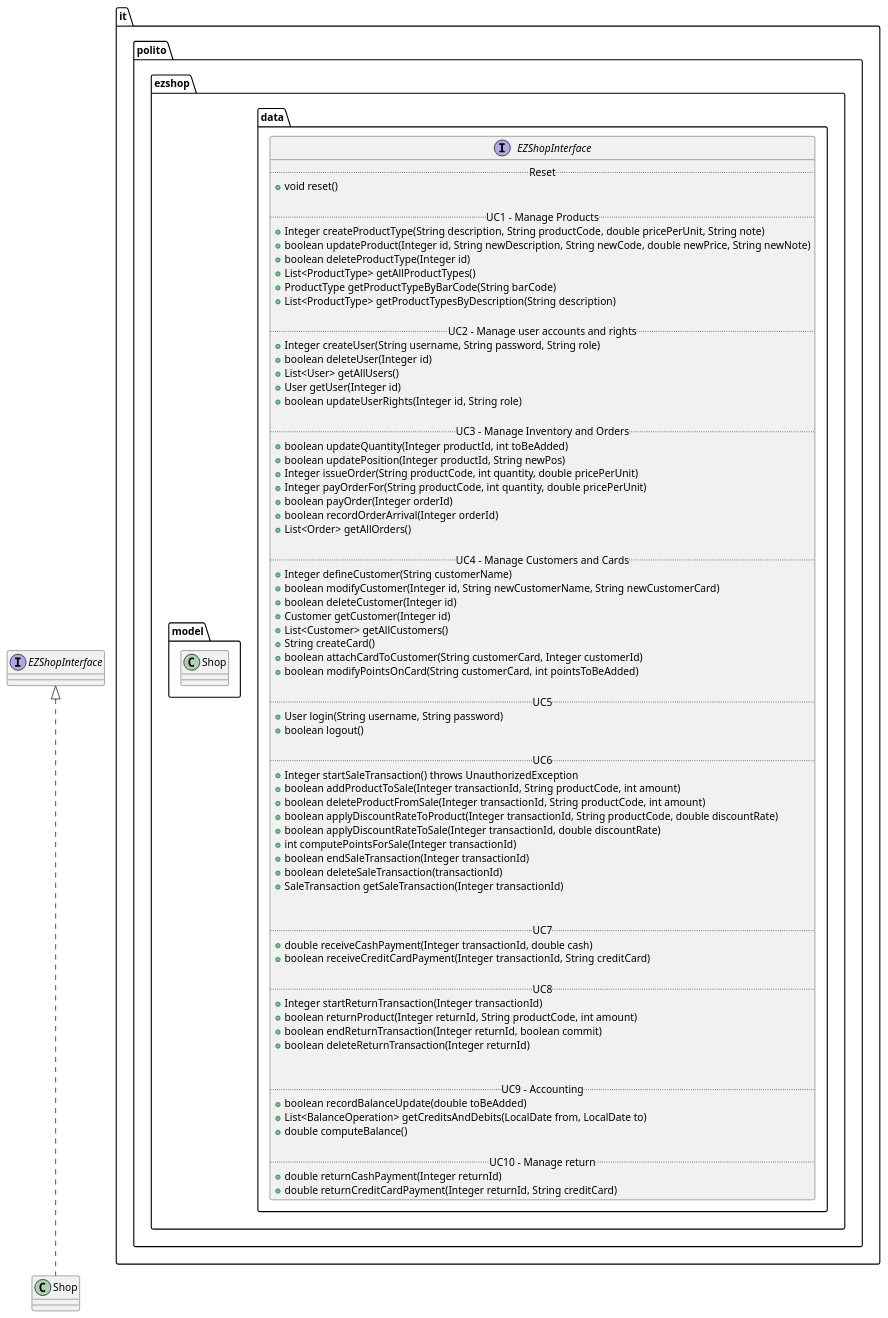
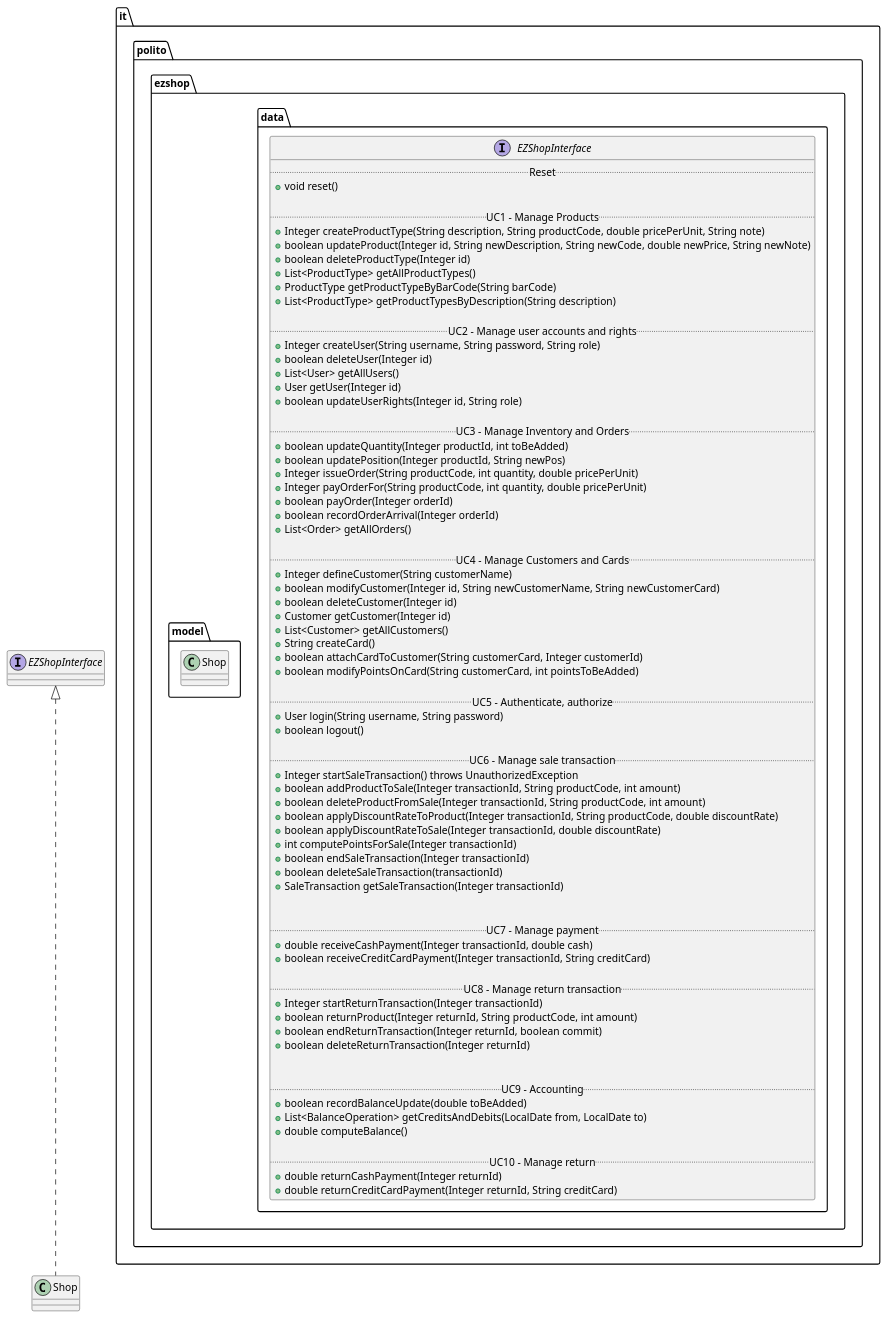
Before and after one commit to Stormz4/group20-EzShop: the second of 23 diagrams in Deliverables/DesignDocument.md, drawn with PlantUML. The commit also changed other lines of this file, not shown here.

Commit message:
Doc: minor fixes

```diff
--- a/Deliverables/DesignDocument.md
+++ b/Deliverables/DesignDocument.md
@@ -96,11 +96,11 @@
     +boolean attachCardToCustomer(String customerCard, Integer customerId)
     +boolean modifyPointsOnCard(String customerCard, int pointsToBeAdded)
 
-    .. UC5 ..
+    .. UC5 - Authenticate, authorize ..
     +User login(String username, String password)
     +boolean logout()
 
-    .. UC6 ..
+    .. UC6 - Manage sale transaction ..
     +Integer startSaleTransaction() throws UnauthorizedException
     +boolean addProductToSale(Integer transactionId, String productCode, int amount)
     +boolean deleteProductFromSale(Integer transactionId, String productCode, int amount)
@@ -112,11 +112,11 @@
     +SaleTransaction getSaleTransaction(Integer transactionId)
   
 
-    .. UC7 ..
+    .. UC7 - Manage payment ..
     +double receiveCashPayment(Integer transactionId, double cash)
     +boolean receiveCreditCardPayment(Integer transactionId, String creditCard)
 
-    .. UC8 ..
+    .. UC8 - Manage return transaction ..
     +Integer startReturnTransaction(Integer transactionId)
     +boolean returnProduct(Integer returnId, String productCode, int amount)
     +boolean endReturnTransaction(Integer returnId, boolean commit)
```
